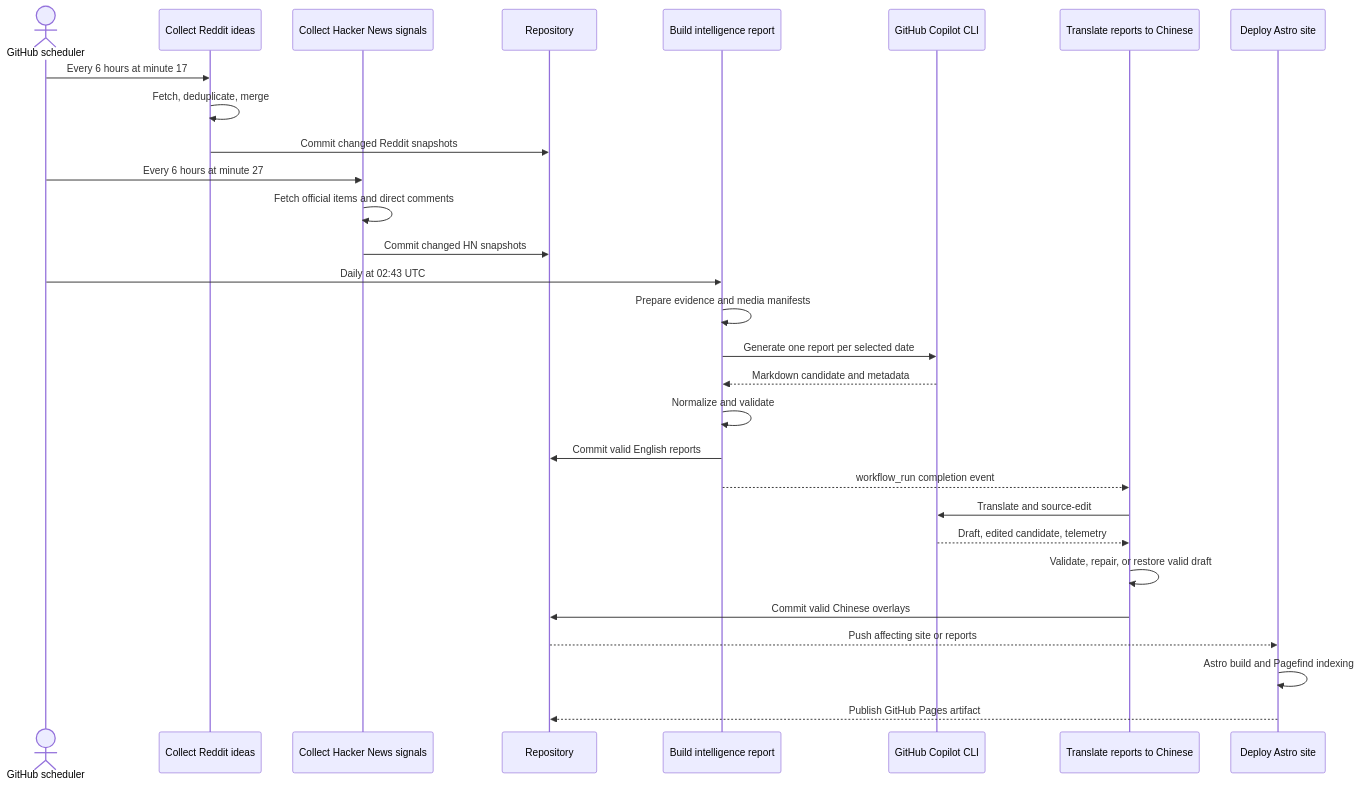
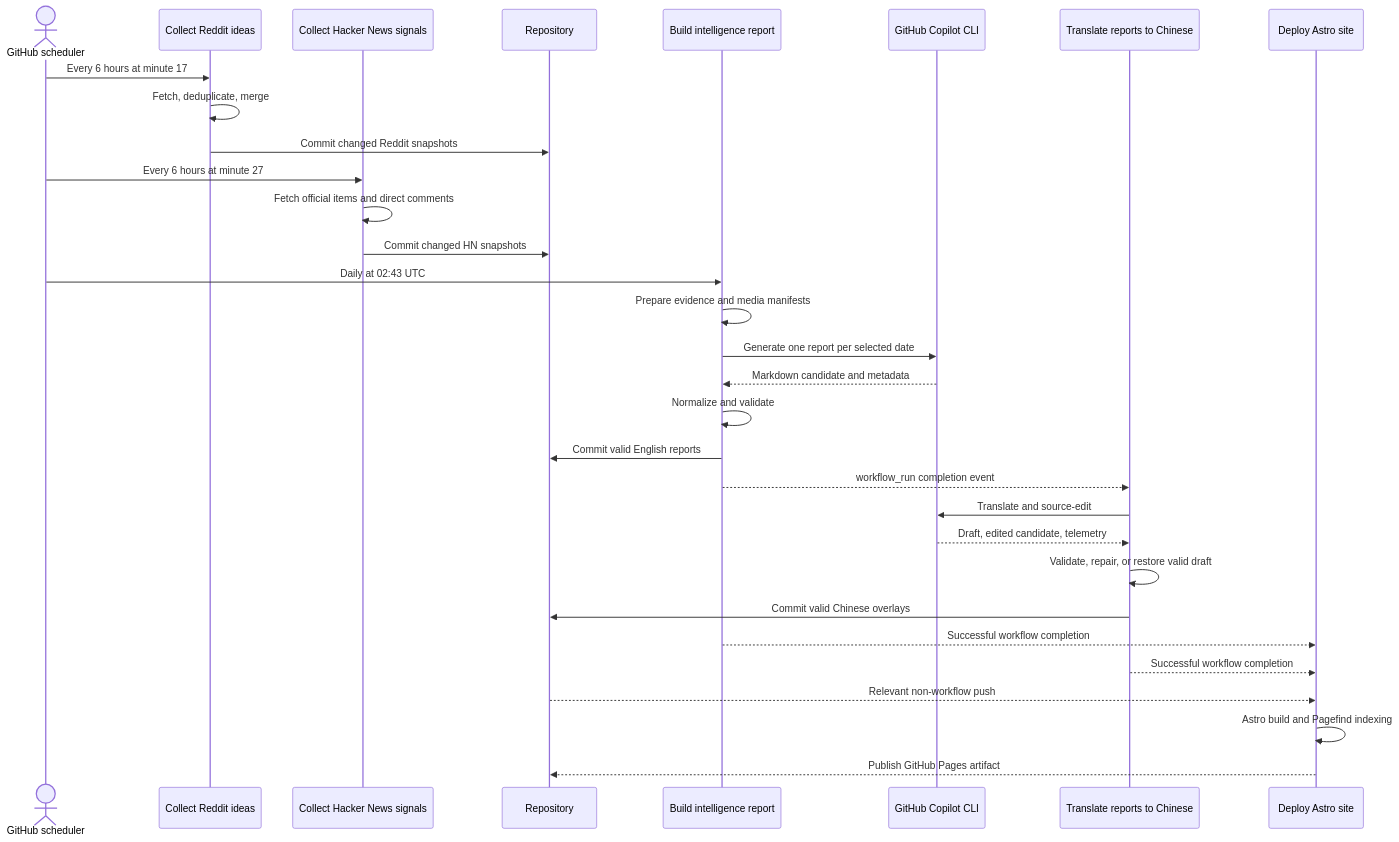
One commit to vibewatch/idea changed the second of 2 diagrams in README.md. Above: the diagram before and after it, drawn with Mermaid. The commit also changed other lines of this file and 1 other file, not shown here.

Commit message:
Deploy translated reports automatically

Copilot-Session: 315a9a59-6bb1-43fd-aaa4-29141dc1b5ae

````diff
--- a/README.md
+++ b/README.md
@@ -114,36 +114,38 @@
 ```mermaid
 sequenceDiagram
   actor Scheduler as GitHub scheduler
   participant RedditScraper as Collect Reddit ideas
   participant HNScraper as Collect Hacker News signals
   participant Git as Repository
   participant Analyzer as Build intelligence report
   participant Copilot as GitHub Copilot CLI
   participant Translator as Translate reports to Chinese
   participant Deploy as Deploy Astro site
 
   Scheduler->>RedditScraper: Every 6 hours at minute 17
   RedditScraper->>RedditScraper: Fetch, deduplicate, merge
   RedditScraper->>Git: Commit changed Reddit snapshots
 
   Scheduler->>HNScraper: Every 6 hours at minute 27
   HNScraper->>HNScraper: Fetch official items and direct comments
   HNScraper->>Git: Commit changed HN snapshots
 
   Scheduler->>Analyzer: Daily at 02:43 UTC
   Analyzer->>Analyzer: Prepare evidence and media manifests
   Analyzer->>Copilot: Generate one report per selected date
   Copilot-->>Analyzer: Markdown candidate and metadata
   Analyzer->>Analyzer: Normalize and validate
   Analyzer->>Git: Commit valid English reports
 
   Analyzer-->>Translator: workflow_run completion event
   Translator->>Copilot: Translate and source-edit
   Copilot-->>Translator: Draft, edited candidate, telemetry
   Translator->>Translator: Validate, repair, or restore valid draft
   Translator->>Git: Commit valid Chinese overlays
 
-  Git-->>Deploy: Push affecting site or reports
+  Analyzer-->>Deploy: Successful workflow completion
+  Translator-->>Deploy: Successful workflow completion
+  Git-->>Deploy: Relevant non-workflow push
   Deploy->>Deploy: Astro build and Pagefind indexing
   Deploy-->>Git: Publish GitHub Pages artifact
 ```
````
